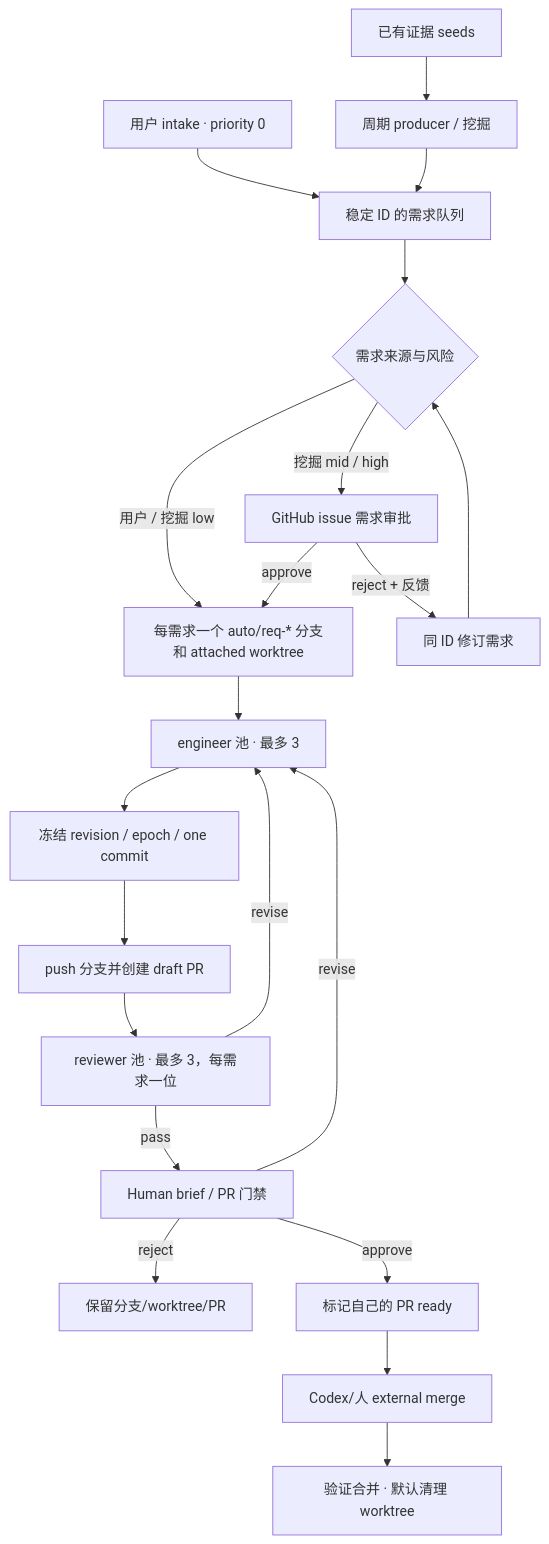
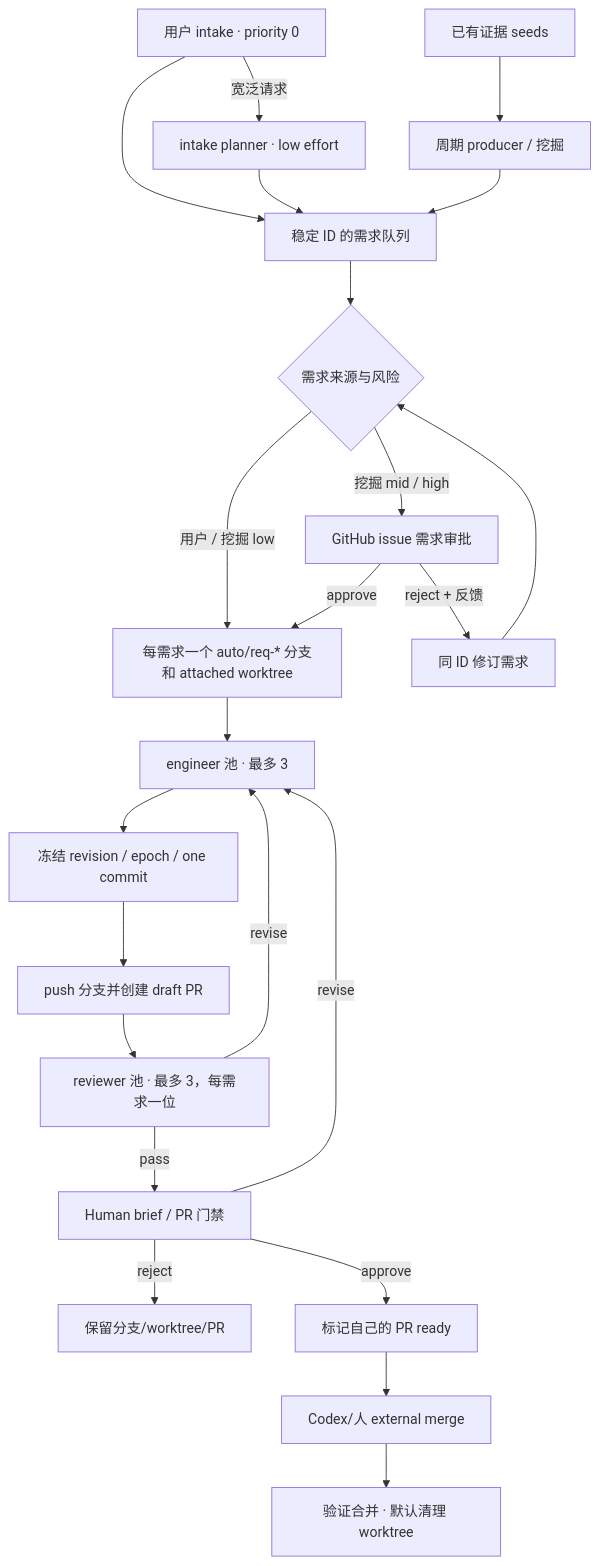
One commit to lyingloong/dsh-auto-workflow changed the diagram in README.md. Above: the diagram before and after it, drawn with Mermaid. The commit also changed 8 other files, not shown here.

First line of the commit message:
feat(example): plan broad user requests inside the graph

````diff
--- a/README.md
+++ b/README.md
@@ -40,23 +40,25 @@
 ```mermaid
 flowchart TD
   U[用户 intake · priority 0] --> Q[稳定 ID 的需求队列]
+  U -->|宽泛请求| IP[intake planner · low effort]
+  IP --> Q
   S[已有证据 seeds] --> M[周期 producer / 挖掘]
   M --> Q
   Q --> R{需求来源与风险}
   R -->|用户 / 挖掘 low| W[每需求一个 auto/req-* 分支和 attached worktree]
   R -->|挖掘 mid / high| H[GitHub issue 需求审批]
   H -->|approve| W
   H -->|reject + 反馈| A[同 ID 修订需求]
   A --> R
   W --> E[engineer 池 · 最多 3]
   E --> I[冻结 revision / epoch / one commit]
   I --> P[push 分支并创建 draft PR]
   P --> V[reviewer 池 · 最多 3，每需求一位]
   V -->|revise| E
   V -->|pass| G[Human brief / PR 门禁]
   G -->|revise| E
   G -->|reject| K[保留分支/worktree/PR]
   G -->|approve| L[标记自己的 PR ready]
   L --> X[Codex/人 external merge]
   X --> T[验证合并 · 默认清理 worktree]
 ```
````
